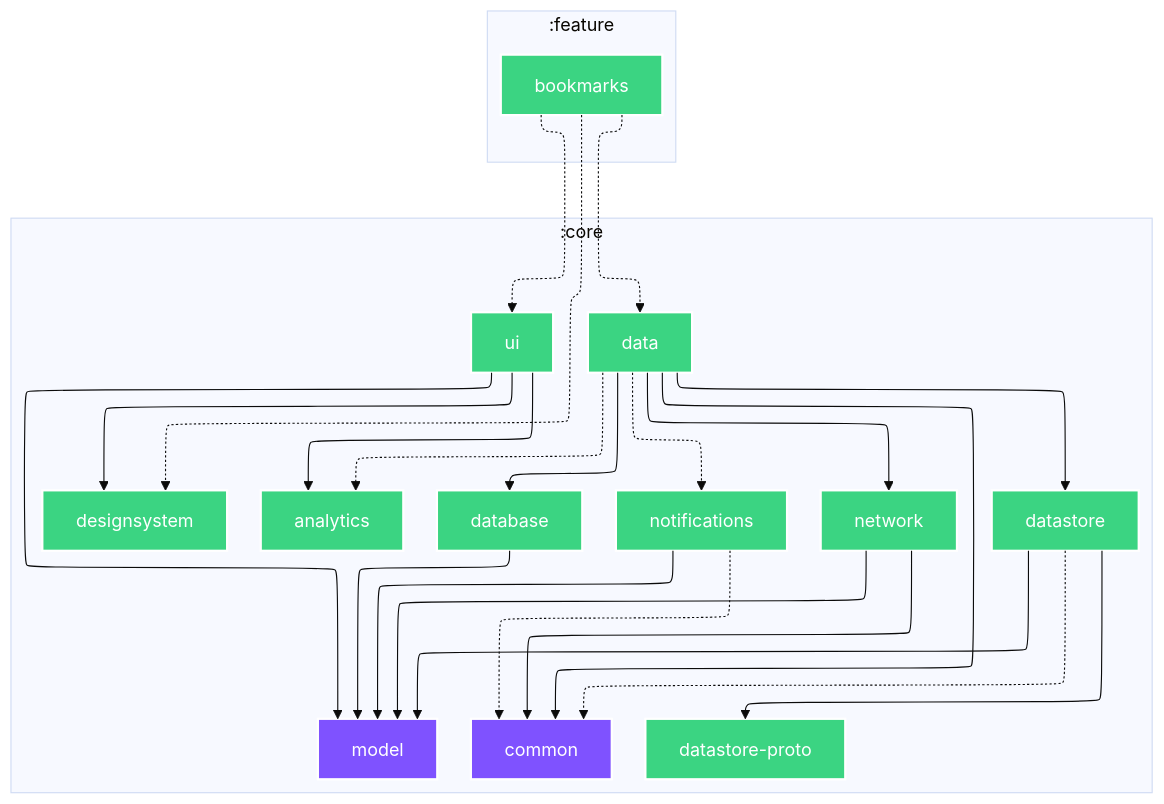
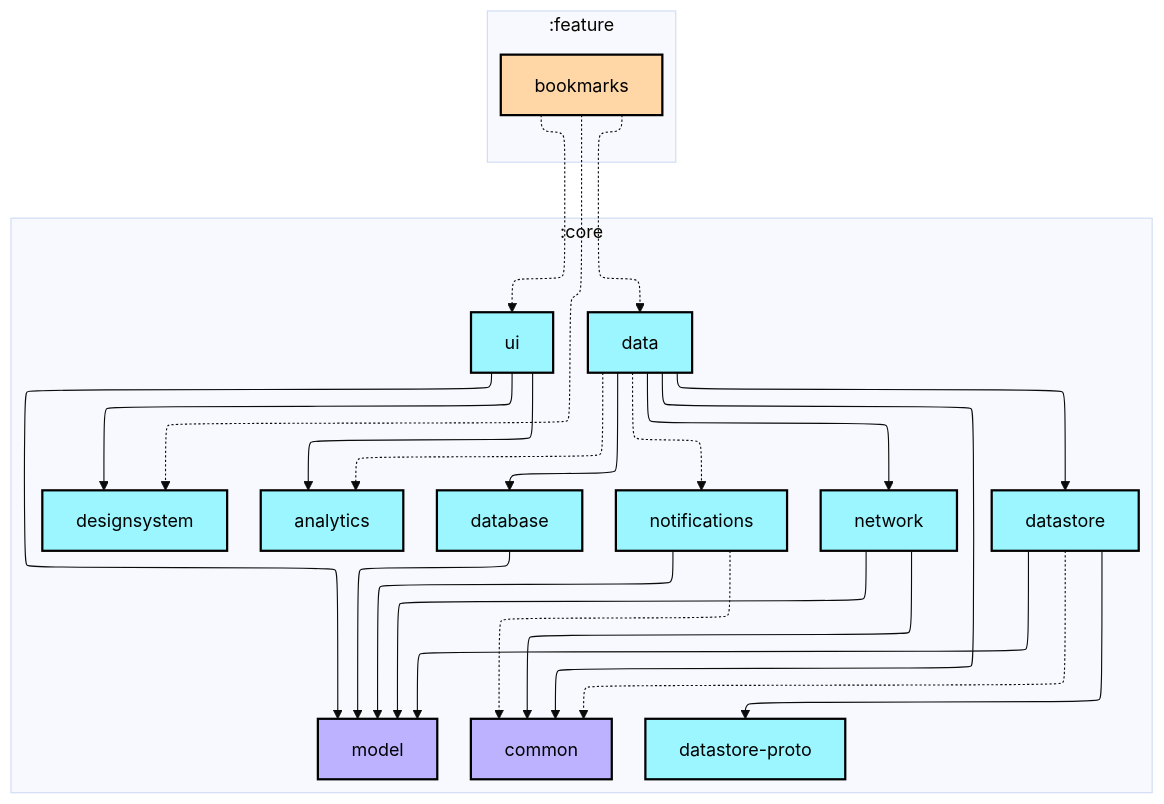
One commit to android/nowinandroid changed the diagram in feature/bookmarks/README.md. Above: the diagram before and after it, drawn with Mermaid (base theme). The commit also changed other lines of this file and 28 other files, not shown here.

````diff
--- a/feature/bookmarks/README.md
+++ b/feature/bookmarks/README.md
@@ -4,54 +6,55 @@
 ```mermaid
 ---
 config:
   layout: elk
   elk:
     nodePlacementStrategy: SIMPLE
 ---
 graph TB
   subgraph :core
     direction TB
     :core:analytics[analytics]:::android-library
-    :core:common[common]:::jvm
+    :core:common[common]:::jvm-library
     :core:data[data]:::android-library
     :core:database[database]:::android-library
     :core:datastore[datastore]:::android-library
     :core:datastore-proto[datastore-proto]:::android-library
     :core:designsystem[designsystem]:::android-library
-    :core:model[model]:::jvm
+    :core:model[model]:::jvm-library
     :core:network[network]:::android-library
     :core:notifications[notifications]:::android-library
     :core:ui[ui]:::android-library
   end
   subgraph :feature
     direction TB
-    :feature:bookmarks[bookmarks]:::android-library
+    :feature:bookmarks[bookmarks]:::android-feature
   end
 
   :core:data -.-> :core:analytics
   :core:data ---> :core:common
   :core:data ---> :core:database
   :core:data ---> :core:datastore
   :core:data ---> :core:network
   :core:data -.-> :core:notifications
   :core:database ---> :core:model
   :core:datastore -.-> :core:common
   :core:datastore ---> :core:datastore-proto
   :core:datastore ---> :core:model
   :core:network ---> :core:common
   :core:network ---> :core:model
   :core:notifications -.-> :core:common
   :core:notifications ---> :core:model
   :core:ui ---> :core:analytics
   :core:ui ---> :core:designsystem
   :core:ui ---> :core:model
   :feature:bookmarks -.-> :core:data
   :feature:bookmarks -.-> :core:designsystem
   :feature:bookmarks -.-> :core:ui
 
-classDef android-application fill:#7F52FF,stroke:#fff,stroke-width:2px,color:#fff;
-classDef android-library fill:#3BD482,stroke:#fff,stroke-width:2px,color:#fff;
-classDef android-test fill:#3BD482,stroke:#fff,stroke-width:2px,color:#fff;
-classDef jvm fill:#7F52FF,stroke:#fff,stroke-width:2px,color:#fff;
-classDef unknown fill:#FF0000,stroke:#fff,stroke-width:2px,color:#fff;
+classDef android-application fill:#CAFFBF,stroke:#000,stroke-width:2px,color:#000;
+classDef android-feature fill:#FFD6A5,stroke:#000,stroke-width:2px,color:#000;
+classDef android-library fill:#9BF6FF,stroke:#000,stroke-width:2px,color:#000;
+classDef android-test fill:#A0C4FF,stroke:#000,stroke-width:2px,color:#000;
+classDef jvm-library fill:#BDB2FF,stroke:#000,stroke-width:2px,color:#000;
+classDef unknown fill:#FFADAD,stroke:#000,stroke-width:2px,color:#000;
 ```
````
